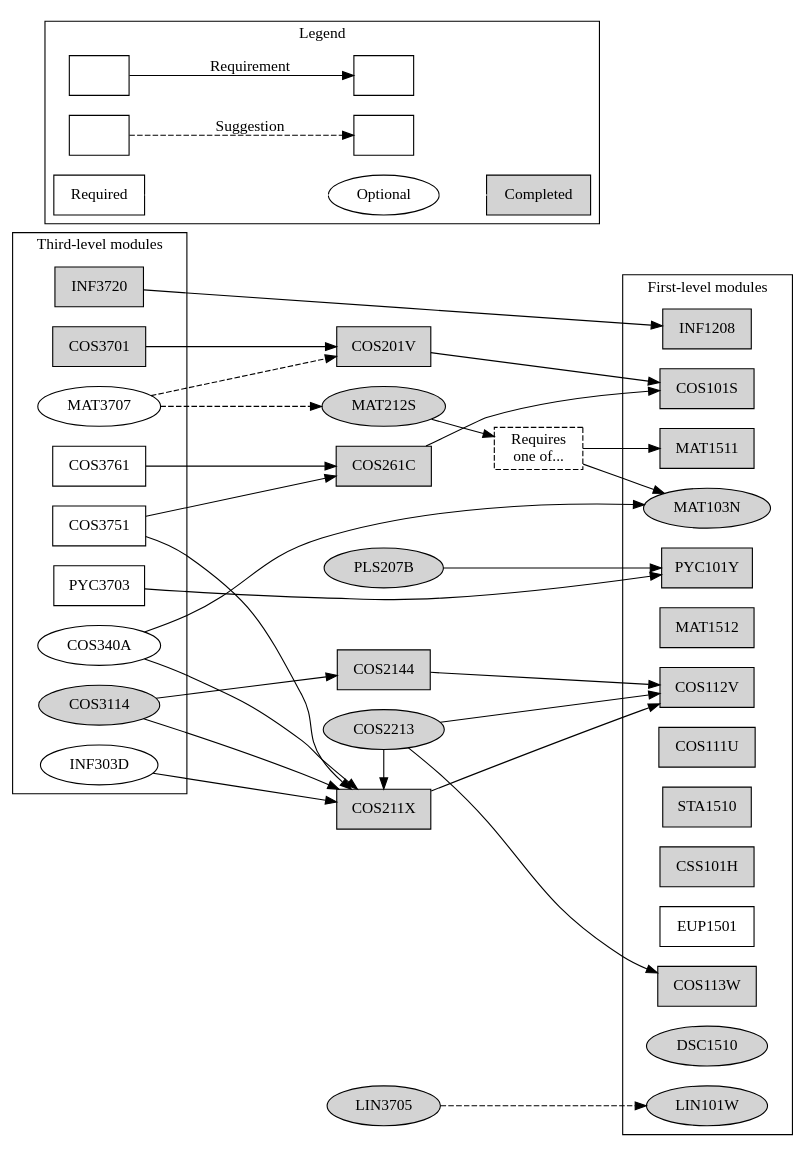
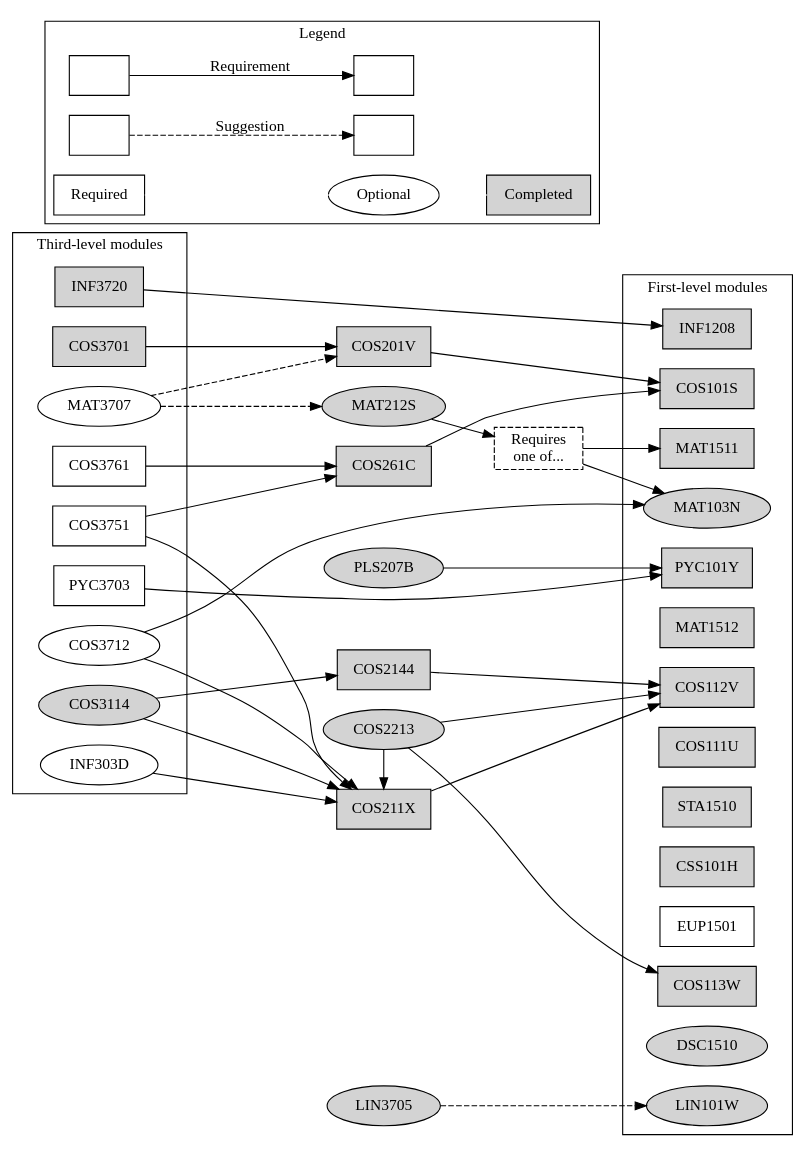
Before and after one commit to apauley/unisa-module-graph: the diagram in ComputationalIntelligence.dot, drawn with Graphviz. The commit also changed 1 other file, not shown here.

Commit message:
Rename Computer Graphics to COS3114

```diff
--- a/ComputationalIntelligence.dot
+++ b/ComputationalIntelligence.dot
@@ -1,87 +1,87 @@
 digraph ComputationalIntelligence {
     node [shape=box];
     rankdir=LR;
 
     subgraph cluster3 {
         label = "Third-level modules";
 
         {rank=same;
         COS3701 [style=filled]
         INF3720 [style=filled]
         COS3751
         COS3761
         PYC3703}
 
         {rank=same; node [shape=ellipse];
         COS3114 [style=filled]
-        MAT3707 COS340A
+        MAT3707 COS3712
         INF303D}
     }
 
     {rank=same; node [style=filled];
     COS201V COS211X COS261C COS2144}
 
     {rank=same; node [style=filled]; node [shape=ellipse];
     PLS207B MAT212S COS2213 LIN3705}
 
     MAT103OR151 [label="Requires\none of...", style=dashed];
 
     subgraph cluster1 {
         label = "First-level modules";
 
         {rank=same;
         {node [style=filled];
               COS101S COS112V COS113W INF1208 MAT1511 MAT1512
               PYC101Y COS111U STA1510 CSS101H}
         EUP1501}
 
         {rank=same; node [shape=ellipse];
             {node [style=filled];
                 MAT103N DSC1510 LIN101W}}
     }
 
 
     subgraph cluster0 {
         rankdir=LR;
         label = "Legend";
 
         Module1 [label=""];
         Module2 [label=""];
         Module3 [label=""];
         Module4 [label=""];
         Module2 -> Module1 [label="Requirement"]
         Module4 -> Module3 [label="Suggestion", style=dashed]
 
         Required;
         Completed [style=filled];
         Optional [shape=ellipse];
         Required -> Optional [color=white];
         Optional -> Completed [color=white];
     }
 
 
     COS3701 -> {COS201V}
     INF3720 -> {INF1208}
     COS3751 -> {COS211X COS261C}
     COS3761 -> {COS261C}
     PYC3703 -> {PYC101Y}
 
     COS3114 -> {COS211X COS2144}
     MAT3707 -> {MAT212S COS201V} [style=dashed]
     INF303D -> {COS211X}
-    COS340A -> {COS211X MAT103N}
+    COS3712 -> {COS211X MAT103N}
 
 
     COS201V -> {COS101S}
     COS211X -> {COS112V}
     COS261C -> {COS101S}
     COS2144 -> {COS112V}
 
     {rank=same; COS2213 COS211X}
     COS2213 -> {COS112V COS113W}
     COS2213 -> {COS211X}
     MAT212S -> {MAT103OR151}
     MAT103OR151 -> {MAT103N MAT1511}
     LIN3705 -> {LIN101W} [style=dashed]
     PLS207B -> {PYC101Y}
 }
```
